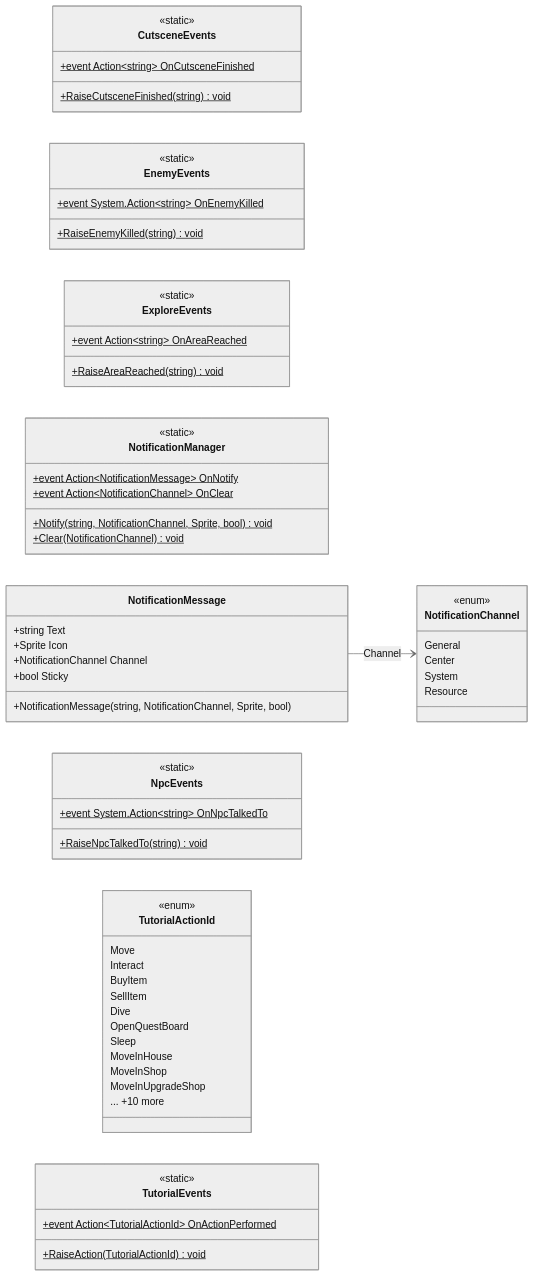
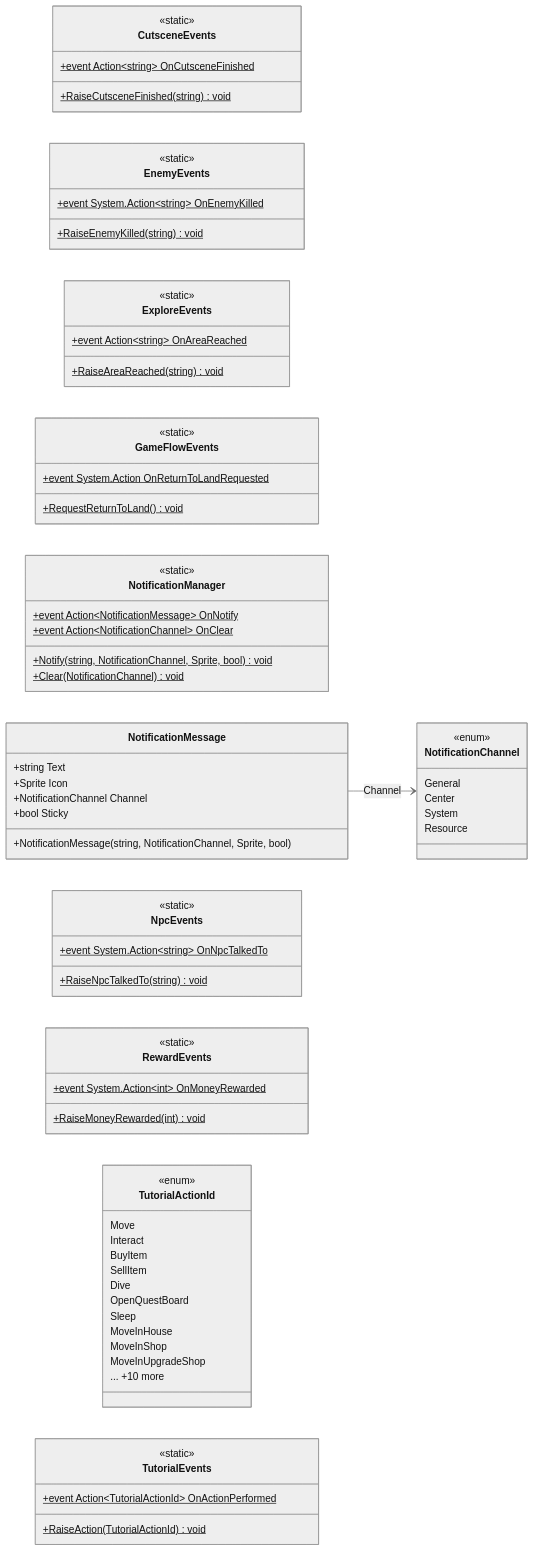
One commit to PhumipatWave/project-ocean changed the diagram in docs/uml/modules/Core_Events.md. Above: the diagram before and after it, drawn with Mermaid (neutral theme). The commit also changed other lines of this file and 304 other files, not shown here.

````diff
--- a/docs/uml/modules/Core_Events.md
+++ b/docs/uml/modules/Core_Events.md
@@ -7,65 +7,75 @@
 ```mermaid
 classDiagram
   direction LR
   class CutsceneEvents {
     <<static>>
     +event Action~string~ OnCutsceneFinished$
     +RaiseCutsceneFinished(string)$ void
   }
   class EnemyEvents {
     <<static>>
     +event System.Action~string~ OnEnemyKilled$
     +RaiseEnemyKilled(string)$ void
   }
   class ExploreEvents {
     <<static>>
     +event Action~string~ OnAreaReached$
     +RaiseAreaReached(string)$ void
+  }
+  class GameFlowEvents {
+    <<static>>
+    +event System.Action OnReturnToLandRequested$
+    +RequestReturnToLand()$ void
   }
   class NotificationChannel {
     <<enum>>
     General
     Center
     System
     Resource
   }
   class NotificationManager {
     <<static>>
     +event Action~NotificationMessage~ OnNotify$
     +event Action~NotificationChannel~ OnClear$
     +Notify(string, NotificationChannel, Sprite, bool)$ void
     +Clear(NotificationChannel)$ void
   }
   class NotificationMessage {
     +string Text
     +Sprite Icon
     +NotificationChannel Channel
     +bool Sticky
     +NotificationMessage(string, NotificationChannel, Sprite, bool)
   }
   class NpcEvents {
     <<static>>
     +event System.Action~string~ OnNpcTalkedTo$
     +RaiseNpcTalkedTo(string)$ void
   }
+  class RewardEvents {
+    <<static>>
+    +event System.Action~int~ OnMoneyRewarded$
+    +RaiseMoneyRewarded(int)$ void
+  }
   class TutorialActionId {
     <<enum>>
     Move
     Interact
     BuyItem
     SellItem
     Dive
     OpenQuestBoard
     Sleep
     MoveInHouse
     MoveInShop
     MoveInUpgradeShop
     ... +10 more
   }
   class TutorialEvents {
     <<static>>
     +event Action~TutorialActionId~ OnActionPerformed$
     +RaiseAction(TutorialActionId)$ void
   }
   NotificationMessage --> NotificationChannel : Channel
 ```
````
